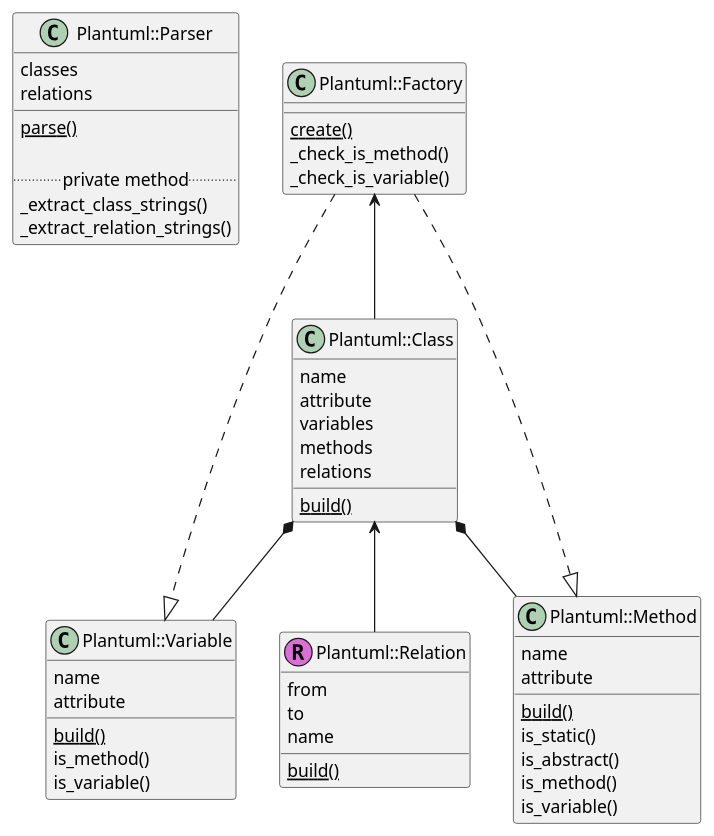
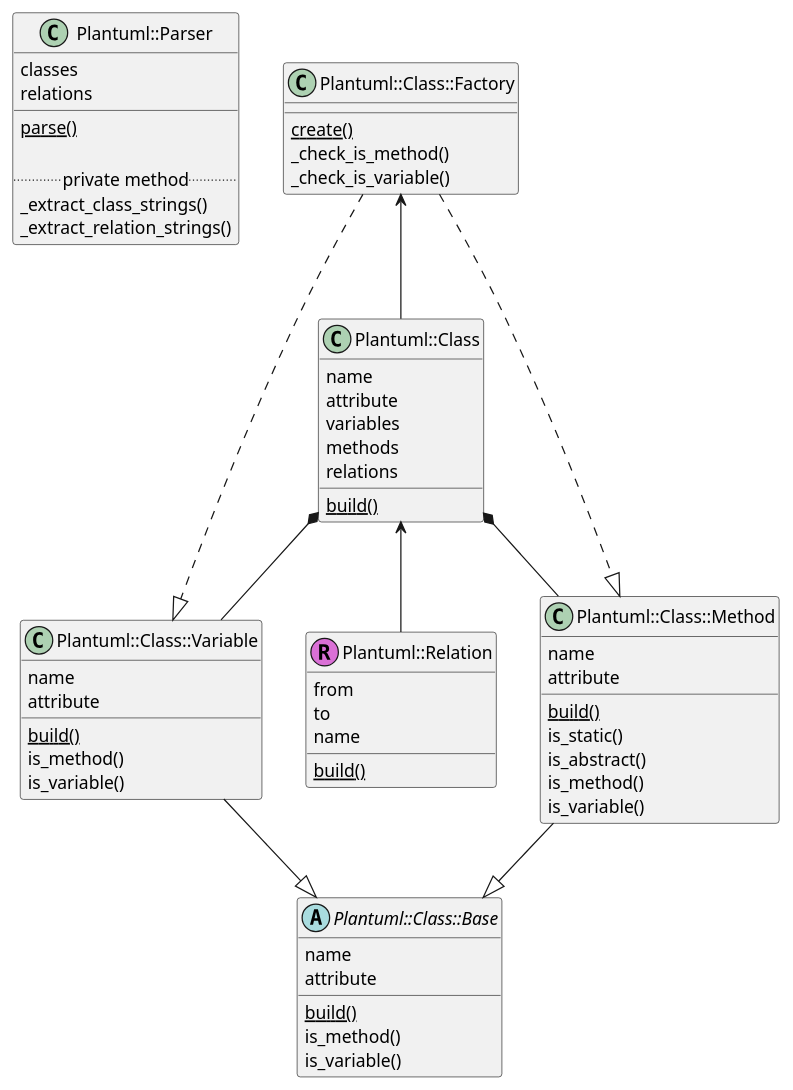
Before and after one commit to Kesin11/plantuml_class_digram_parse: the diagram in examples/pu/self_class_diagram.pu, drawn with PlantUML.

Commit message:
update self class diagram

```diff
--- a/examples/pu/self_class_diagram.pu
+++ b/examples/pu/self_class_diagram.pu
@@ -1,72 +1,81 @@
 @startuml
 
 /'
 class Main {
   run()
 }
 '/
 
-/' クラスと関係の文字列を抽出。ClassBuilderに渡してオブジェクトをもらう '/
-/' relationcはこの中でビルドしてClassBuilderに渡す'/
+/' クラスと関係の文字列を抽出。Plantuml::Classに渡してオブジェクトをもらう '/
+/' relationはこの中でビルドしてPlantuml::Classに渡す'/
 class Plantuml::Parser {
   classes
   relations
   ____
   {static} parse()
 
   .. private method ..
   _extract_class_strings()
   _extract_relation_strings()
 }
 
-class Plantuml::Factory {
-  {static} create()
-  _check_is_method()
-  _check_is_variable()
-}
-
 /'クラス全体の文字列と、Relationオブジェクト全てをもらってクラスを組み立てる'/
-/'こいつがFactoryを使う'/
 class Plantuml::Class {
   name
   attribute
   variables
   methods
   relations
   {static} build()
 }
 
-class Plantuml::Variable {
+class Plantuml::Class::Factory {
+  {static} create()
+  _check_is_method()
+  _check_is_variable()
+}
+
+abstract class Plantuml::Class::Base {
   name
   attribute
   {static} build()
   is_method()
   is_variable()
 }
 
-class Plantuml::Method {
+class Plantuml::Class::Variable {
+  name
+  attribute
+  {static} build()
+  is_method()
+  is_variable()
+}
+
+class Plantuml::Class::Method {
   name
   attribute
   {static} build()
   'check method'
   is_static()
   is_abstract()
   is_method()
   is_variable()
 }
 
 class Plantuml::Relation << (R,orchid) >> {
   from
   to
   name
   {static} build()
 }
 
-Plantuml::Class *-- Plantuml::Variable
-Plantuml::Class *-- Plantuml::Method
+Plantuml::Class *-- Plantuml::Class::Variable
+Plantuml::Class *-- Plantuml::Class::Method
 Plantuml::Class <-- Plantuml::Relation
-Plantuml::Factory <-- Plantuml::Class
-Plantuml::Factory ..|> Plantuml::Variable
-Plantuml::Factory ..|> Plantuml::Method
+Plantuml::Class::Factory <-- Plantuml::Class
+Plantuml::Class::Factory ..|> Plantuml::Class::Variable
+Plantuml::Class::Factory ..|> Plantuml::Class::Method
+Plantuml::Class::Variable -down-|> Plantuml::Class::Base
+Plantuml::Class::Method -down-|> Plantuml::Class::Base
 
 @enduml
```
